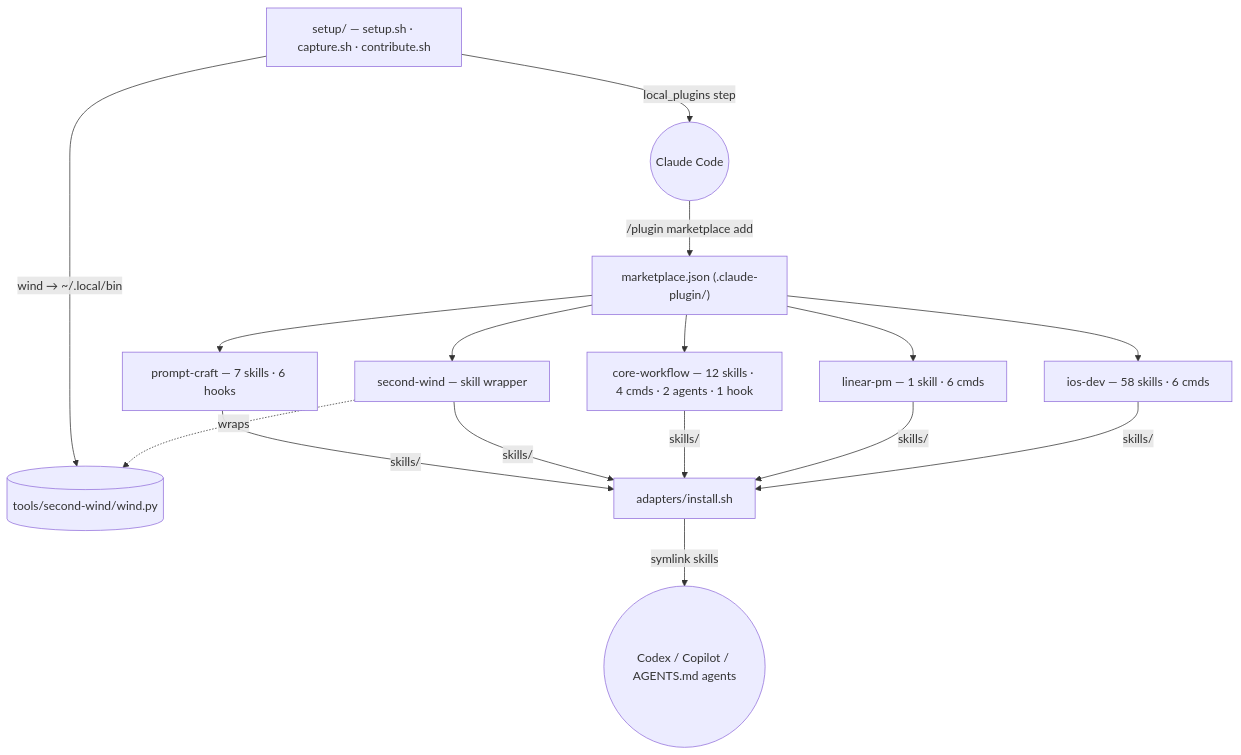
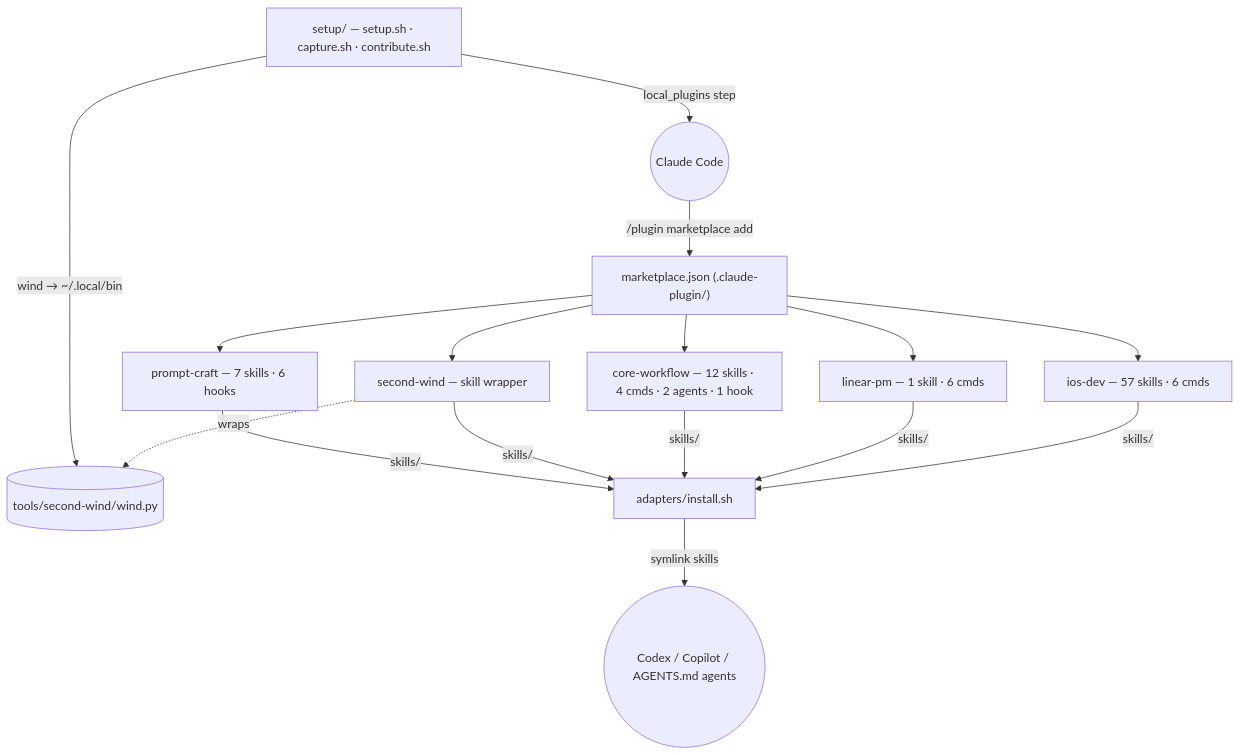
Before and after one commit to abhijitbansal/claude-skills: the diagram in docs/architecture.md, drawn with Mermaid. The commit also changed 8 other files, not shown here.

First line of the commit message:
fix(ios-dev,site): drop duplicate realitykit umbrella skill, sync counts, regen og card

````diff
--- a/docs/architecture.md
+++ b/docs/architecture.md
@@ -15,22 +15,22 @@
 ```mermaid
 flowchart TD
   MP["marketplace.json (.claude-plugin/)"]
-  IOS["ios-dev — 58 skills · 6 cmds"]
+  IOS["ios-dev — 57 skills · 6 cmds"]
   LIN["linear-pm — 1 skill · 6 cmds"]
   CW["core-workflow — 12 skills · 4 cmds · 2 agents · 1 hook"]
   SW["second-wind — skill wrapper"]
   PC["prompt-craft — 7 skills · 6 hooks"]
   WIND[("tools/second-wind/wind.py")]
   AD["adapters/install.sh"]
   SEED["setup/ — setup.sh · capture.sh · contribute.sh"]
   CC(("Claude Code"))
   OTHER(("Codex / Copilot / AGENTS.md agents"))
 
   MP --> IOS & LIN & CW & SW & PC
   SW -.->|wraps| WIND
   CC -->|"/plugin marketplace add"| MP
   SEED -->|local_plugins step| CC
   SEED -->|"wind → ~/.local/bin"| WIND
   AD -->|symlink skills| OTHER
   IOS & LIN & CW & SW & PC -->|skills/| AD
 ```
````
